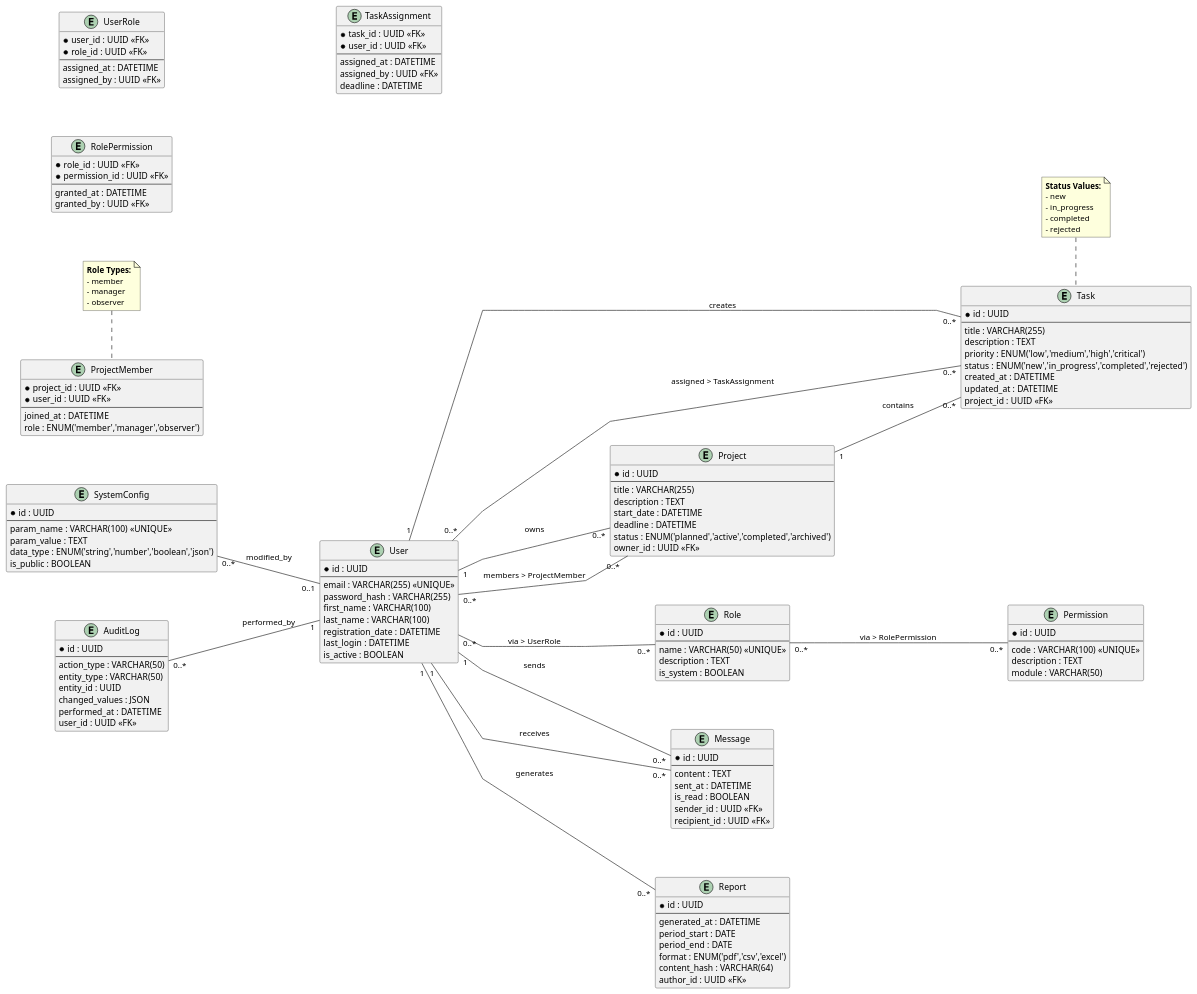
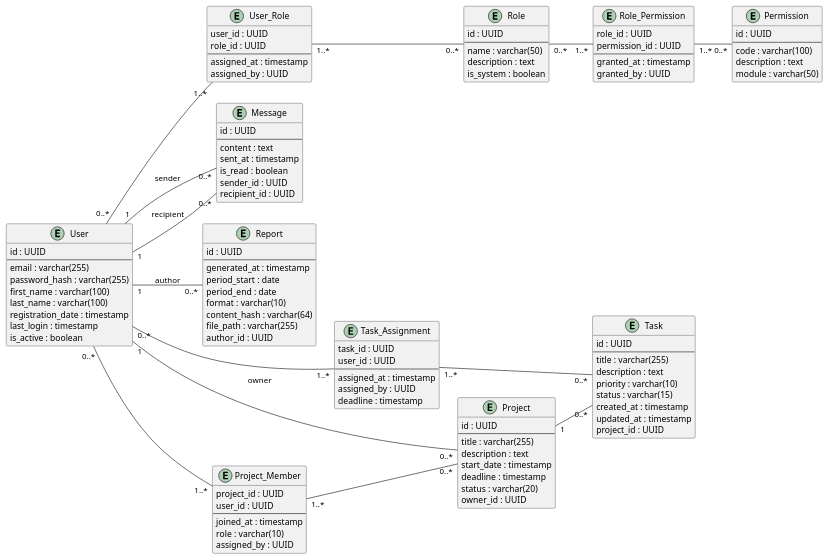
One commit to Freazg/edu_db_labs changed the second of 2 diagrams in docs/design/README.md. Above: the diagram before and after it, drawn with PlantUML. The commit also changed other lines of this file, not shown here.

```diff
--- a/docs/design/README.md
+++ b/docs/design/README.md
@@ -177,172 +177,135 @@
 @startuml
-left to right direction
-skinparam linetype polyline
-skinparam nodesep 80
-skinparam ranksep 80
-
-' ===== CORE ENTITIES =====
-entity User {
-    * id : UUID
-    --
-    email : VARCHAR(255) <<UNIQUE>>
-    password_hash : VARCHAR(255)
-    first_name : VARCHAR(100)
-    last_name : VARCHAR(100)
-    registration_date : DATETIME
-    last_login : DATETIME
-    is_active : BOOLEAN
-}
-
-entity Project {
-    * id : UUID
-    --
-    title : VARCHAR(255)
-    description : TEXT
-    start_date : DATETIME
-    deadline : DATETIME
-    status : ENUM('planned','active','completed','archived')
-    owner_id : UUID <<FK>>
-}
-
-entity Task {
-    * id : UUID
-    --
-    title : VARCHAR(255)
-    description : TEXT
-    priority : ENUM('low','medium','high','critical')
-    status : ENUM('new','in_progress','completed','rejected')
-    created_at : DATETIME
-    updated_at : DATETIME
-    project_id : UUID <<FK>>
-}
-
-' ===== SECURITY ENTITIES =====
-entity Role {
-    * id : UUID
-    --
-    name : VARCHAR(50) <<UNIQUE>>
-    description : TEXT
-    is_system : BOOLEAN
-}
-
-entity Permission {
-    * id : UUID
-    --
-    code : VARCHAR(100) <<UNIQUE>>
-    description : TEXT
-    module : VARCHAR(50)
-}
-
-' ===== CONTENT ENTITIES =====
-entity Message {
-    * id : UUID
-    --
-    content : TEXT
-    sent_at : DATETIME
-    is_read : BOOLEAN
-    sender_id : UUID <<FK>>
-    recipient_id : UUID <<FK>>
-}
-
-entity Report {
-    * id : UUID
-    --
-    generated_at : DATETIME
-    period_start : DATE
-    period_end : DATE
-    format : ENUM('pdf','csv','excel')
-    content_hash : VARCHAR(64)
-    author_id : UUID <<FK>>
-}
-
-' ===== JOIN TABLES =====
-entity UserRole {
-    * user_id : UUID <<FK>>
-    * role_id : UUID <<FK>>
-    --
-    assigned_at : DATETIME
-    assigned_by : UUID <<FK>>
-}
-
-entity RolePermission {
-    * role_id : UUID <<FK>>
-    * permission_id : UUID <<FK>>
-    --
-    granted_at : DATETIME
-    granted_by : UUID <<FK>>
-}
-
-entity ProjectMember {
-    * project_id : UUID <<FK>>
-    * user_id : UUID <<FK>>
-    --
-    joined_at : DATETIME
-    role : ENUM('member','manager','observer')
-}
-
-entity TaskAssignment {
-    * task_id : UUID <<FK>>
-    * user_id : UUID <<FK>>
-    --
-    assigned_at : DATETIME
-    assigned_by : UUID <<FK>>
-    deadline : DATETIME
-}
-
-' ===== SYSTEM ENTITIES =====
-entity SystemConfig {
-    * id : UUID
-    --
-    param_name : VARCHAR(100) <<UNIQUE>>
-    param_value : TEXT
-    data_type : ENUM('string','number','boolean','json')
-    is_public : BOOLEAN
-}
-
-entity AuditLog {
-    * id : UUID
-    --
-    action_type : VARCHAR(50)
-    entity_type : VARCHAR(50)
-    entity_id : UUID
-    changed_values : JSON
-    performed_at : DATETIME
-    user_id : UUID <<FK>>
-}
-
-' ===== RELATIONSHIPS =====
-User "1" -- "0..*" Message : sends
-User "1" -- "0..*" Message : receives
-
-User "1" -- "0..*" Project : owns
-Project "1" -- "0..*" Task : contains
-
-User "1" -- "0..*" Task : creates
-User "0..*" -- "0..*" Task : assigned > TaskAssignment
-
-User "0..*" -- "0..*" Role : via > UserRole
-Role "0..*" -- "0..*" Permission : via > RolePermission
-
-User "0..*" -- "0..*" Project : members > ProjectMember
-User "1" -- "0..*" Report : generates
-
-SystemConfig "0..*" -- "0..1" User : modified_by
-AuditLog "0..*" -- "1" User : performed_by
-
-' ===== ENUM NOTES =====
-note top of Task
-    **Status Values:**
-    - new
-    - in_progress
-    - completed
-    - rejected
-end note
-
-note top of ProjectMember
-    **Role Types:**
-    - member
-    - manager
-    - observer
-end note
-
+    left to right direction
+    
+    entity User {
+        id : UUID
+        --
+        email : varchar(255)
+        password_hash : varchar(255)
+        first_name : varchar(100)
+        last_name : varchar(100)
+        registration_date : timestamp
+        last_login : timestamp
+        is_active : boolean
+    }
+    
+    entity Role {
+        id : UUID
+        --
+        name : varchar(50)
+        description : text
+        is_system : boolean
+    }
+    
+    entity Permission {
+        id : UUID
+        --
+        code : varchar(100)
+        description : text
+        module : varchar(50)
+    }
+    
+    entity Project {
+        id : UUID
+        --
+        title : varchar(255)
+        description : text
+        start_date : timestamp
+        deadline : timestamp
+        status : varchar(20)
+        owner_id : UUID
+    }
+    
+    entity Task {
+        id : UUID
+        --
+        title : varchar(255)
+        description : text
+        priority : varchar(10)
+        status : varchar(15)
+        created_at : timestamp
+        updated_at : timestamp
+        project_id : UUID
+    }
+    
+    entity Message {
+        id : UUID
+        --
+        content : text
+        sent_at : timestamp
+        is_read : boolean
+        sender_id : UUID
+        recipient_id : UUID
+    }
+    
+    entity Report {
+        id : UUID
+        --
+        generated_at : timestamp
+        period_start : date
+        period_end : date
+        format : varchar(10)
+        content_hash : varchar(64)
+        file_path : varchar(255)
+        author_id : UUID
+    }
+    
+    entity User_Role {
+        user_id : UUID
+        role_id : UUID
+        --
+        assigned_at : timestamp
+        assigned_by : UUID
+    }
+    
+    entity Role_Permission {
+        role_id : UUID
+        permission_id : UUID
+        --
+        granted_at : timestamp
+        granted_by : UUID
+    }
+    
+    entity Project_Member {
+        project_id : UUID
+        user_id : UUID
+        --
+        joined_at : timestamp
+        role : varchar(10)
+        assigned_by : UUID
+    }
+    
+    entity Task_Assignment {
+        task_id : UUID
+        user_id : UUID
+        --
+        assigned_at : timestamp
+        assigned_by : UUID
+        deadline : timestamp
+    }
+    
+    ' User relationships
+    User "0..*" -- "1..*" User_Role
+    User_Role "1..*" -- "0..*" Role
+    
+    Role "0..*" -- "1..*" Role_Permission
+    Role_Permission "1..*" -- "0..*" Permission
+    
+    ' Project relationships
+    User "1" -- "0..*" Project : owner
+    User "0..*" -- "1..*" Project_Member
+    Project_Member "1..*" -- "0..*" Project
+    
+    ' Task relationships
+    Project "1" -- "0..*" Task
+    User "0..*" -- "1..*" Task_Assignment
+    Task_Assignment "1..*" -- "0..*" Task
+    
+    ' Message relationships
+    User "1" -- "0..*" Message : sender
+    User "1" -- "0..*" Message : recipient
+    
+    ' Report relationships
+    User "1" -- "0..*" Report : author
+    
 @enduml
```
